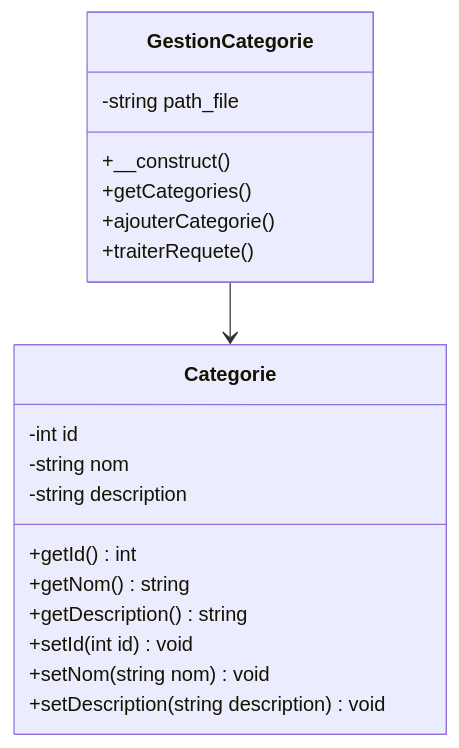
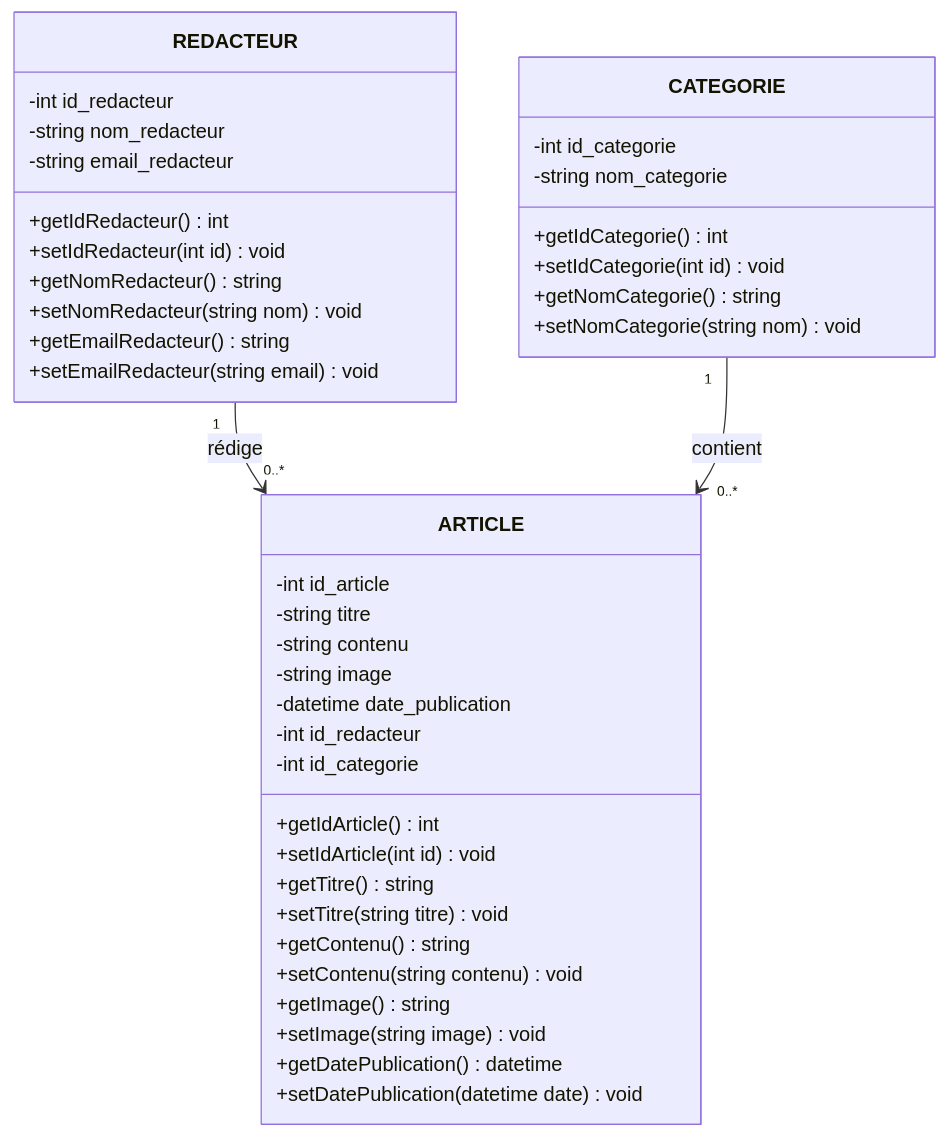
Before and after one commit to tasnimesahli-dev-mobile-solicode/projet-technique: the diagram in prototype/conception/diagram-class.mmd, drawn with Mermaid. The commit also changed 3 other files, not shown here.

````diff
--- a/prototype/conception/diagram-class.mmd
+++ b/prototype/conception/diagram-class.mmd
@@ -1,22 +1,50 @@
 classDiagram
-    class Categorie {
-        -int id
-        -string nom
-        -string description
-        +getId() int
-        +getNom() string
-        +getDescription() string
-        +setId(int id) void
-        +setNom(string nom) void
-        +setDescription(string description) void
+    direction TB
+
+    class REDACTEUR {
+        -int id_redacteur
+        -string nom_redacteur
+        -string email_redacteur
+
+        +getIdRedacteur() int
+        +setIdRedacteur(int id) void
+        +getNomRedacteur() string
+        +setNomRedacteur(string nom) void
+        +getEmailRedacteur() string
+        +setEmailRedacteur(string email) void
     }
 
-    class GestionCategorie {
-        -string path_file
-        +__construct()
-        +getCategories()
-        +ajouterCategorie()
-        +traiterRequete()
+    class CATEGORIE {
+        -int id_categorie
+        -string nom_categorie
+
+        +getIdCategorie() int
+        +setIdCategorie(int id) void
+        +getNomCategorie() string
+        +setNomCategorie(string nom) void
     }
 
-    GestionCategorie --> Categorie
+    class ARTICLE {
+        -int id_article
+        -string titre
+        -string contenu
+        -string image
+        -datetime date_publication
+        -int id_redacteur
+        -int id_categorie
+
+        +getIdArticle() int
+        +setIdArticle(int id) void
+        +getTitre() string
+        +setTitre(string titre) void
+        +getContenu() string
+        +setContenu(string contenu) void
+        +getImage() string
+        +setImage(string image) void
+        +getDatePublication() datetime
+        +setDatePublication(datetime date) void
+    }
+
+    REDACTEUR "1" --> "0..*" ARTICLE : rédige
+    CATEGORIE "1" --> "0..*" ARTICLE : contient
+```
````
